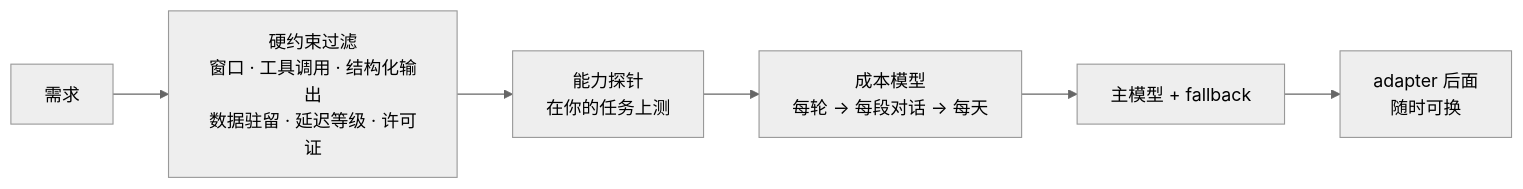
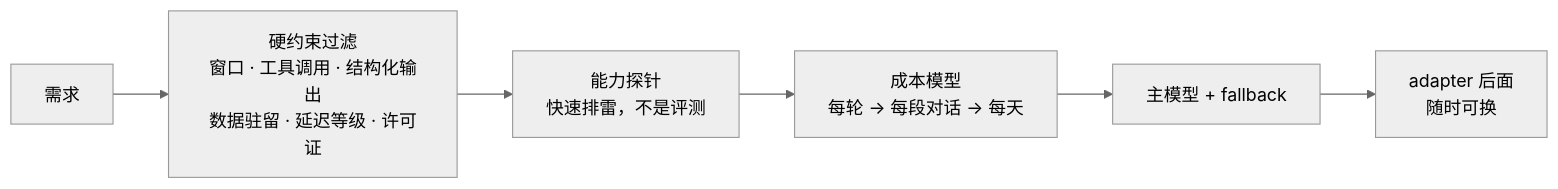
One commit to lance2016/ai-app-engineering changed the first of 2 diagrams in lessons/how-llms-work/README.md. Above: the diagram before and after it, drawn with Mermaid (neutral theme). The commit also changed other lines of this file and 4 other files, not shown here.

````diff
--- a/lessons/how-llms-work/README.md
+++ b/lessons/how-llms-work/README.md
@@ -31,8 +31,8 @@
 ```mermaid
 flowchart LR
     R[需求] --> H[硬约束过滤<br/>窗口 · 工具调用 · 结构化输出<br/>数据驻留 · 延迟等级 · 许可证]
-    H --> P[能力探针<br/>在你的任务上测]
+    H --> P[能力探针<br/>快速排雷，不是评测]
     P --> C[成本模型<br/>每轮 → 每段对话 → 每天]
     C --> S[主模型 + fallback]
     S --> A[adapter 后面<br/>随时可换]
 ```
````
